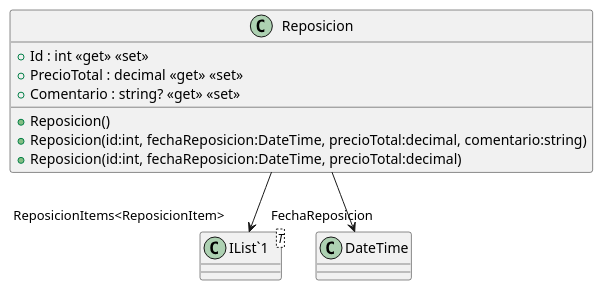
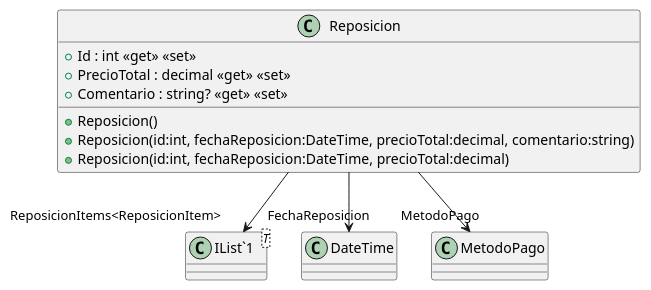
Before and after one commit to ISII2627DDNProject/ISII2627DDNProject: the diagram in src/AppForSEII.API/ClassDiagram/Reposicion.puml, drawn with PlantUML. The commit also changed 6 other files, not shown here.

Commit message:
Creación de la clase MetodoPago

```diff
--- a/src/AppForSEII.API/ClassDiagram/Reposicion.puml
+++ b/src/AppForSEII.API/ClassDiagram/Reposicion.puml
@@ -1,14 +1,15 @@
 @startuml
 class Reposicion {
     + Reposicion()
     + Reposicion(id:int, fechaReposicion:DateTime, precioTotal:decimal, comentario:string)
     + Reposicion(id:int, fechaReposicion:DateTime, precioTotal:decimal)
     + Id : int <<get>> <<set>>
     + PrecioTotal : decimal <<get>> <<set>>
     + Comentario : string? <<get>> <<set>>
 }
 class "IList`1"<T> {
 }
 Reposicion --> "ReposicionItems<ReposicionItem>" "IList`1"
 Reposicion --> "FechaReposicion" DateTime
+Reposicion --> "MetodoPago" MetodoPago
 @enduml
```
